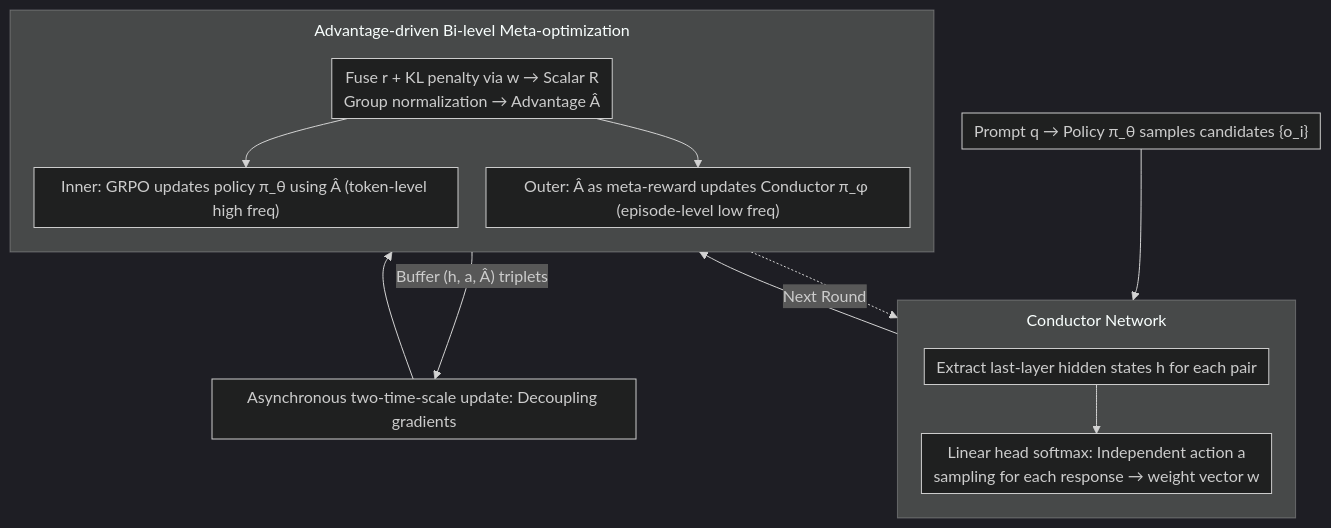
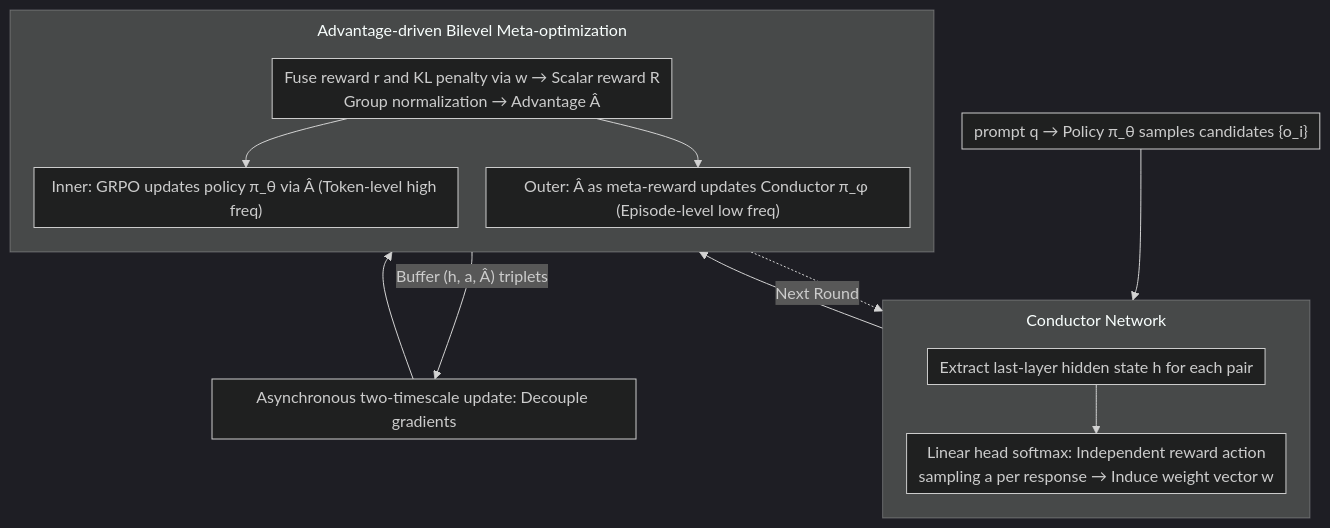
One commit to zhaoyang97/Paper-Notes-en changed the diagram in docs/ACL2026/llm_alignment/maestro_meta-learning_adaptive_estimation_of_scalarization_trade-offs_for_reward.md. Above: the diagram before and after it, drawn with Mermaid (dark theme). The commit also changed other lines of this file and 5084 other files, not shown here.

````diff
--- a/docs/ACL2026/llm_alignment/maestro_meta-learning_adaptive_estimation_of_scalarization_trade-offs_for_reward.md
+++ b/docs/ACL2026/llm_alignment/maestro_meta-learning_adaptive_estimation_of_scalarization_trade-offs_for_reward.md
@@ -45,18 +45,18 @@
 ```mermaid
 %%{init: {'flowchart': {'rankSpacing': 24, 'nodeSpacing': 28, 'padding': 6, 'wrappingWidth': 400, 'subGraphTitleMargin': {'top': 8, 'bottom': 16}}}}%%
 flowchart TD
-    A["Prompt q → Policy π_θ samples candidates {o_i}"] --> B["Extract last-layer hidden states h for each pair"]
+    A["prompt q → Policy π_θ samples candidates {o_i}"] --> B["Extract last-layer hidden state h for each pair"]
     subgraph COND["Conductor Network"]
         direction TB
-        B --> C["Linear head softmax: Independent action a<br/>sampling for each response → weight vector w"]
+        B --> C["Linear head softmax: Independent reward action<br/>sampling a per response → Induce weight vector w"]
     end
-    C --> D["Fuse r + KL penalty via w → Scalar R<br/>Group normalization → Advantage Â"]
-    subgraph BILEVEL["Advantage-driven Bi-level Meta-optimization"]
+    C --> D["Fuse reward r and KL penalty via w → Scalar reward R<br/>Group normalization → Advantage Â"]
+    subgraph BILEVEL["Advantage-driven Bilevel Meta-optimization"]
         direction TB
-        D --> E["Inner: GRPO updates policy π_θ using Â (token-level high freq)"]
-        D --> F["Outer: Â as meta-reward updates Conductor π_φ (episode-level low freq)"]
+        D --> E["Inner: GRPO updates policy π_θ via Â (Token-level high freq)"]
+        D --> F["Outer: Â as meta-reward updates Conductor π_φ (Episode-level low freq)"]
     end
-    E -->|"Buffer (h, a, Â) triplets"| G["Asynchronous two-time-scale update: Decoupling gradients"]
+    E -->|"Buffer (h, a, Â) triplets"| G["Asynchronous two-timescale update: Decouple gradients"]
     G --> F
     F -.Next Round.-> B
 ```
````
